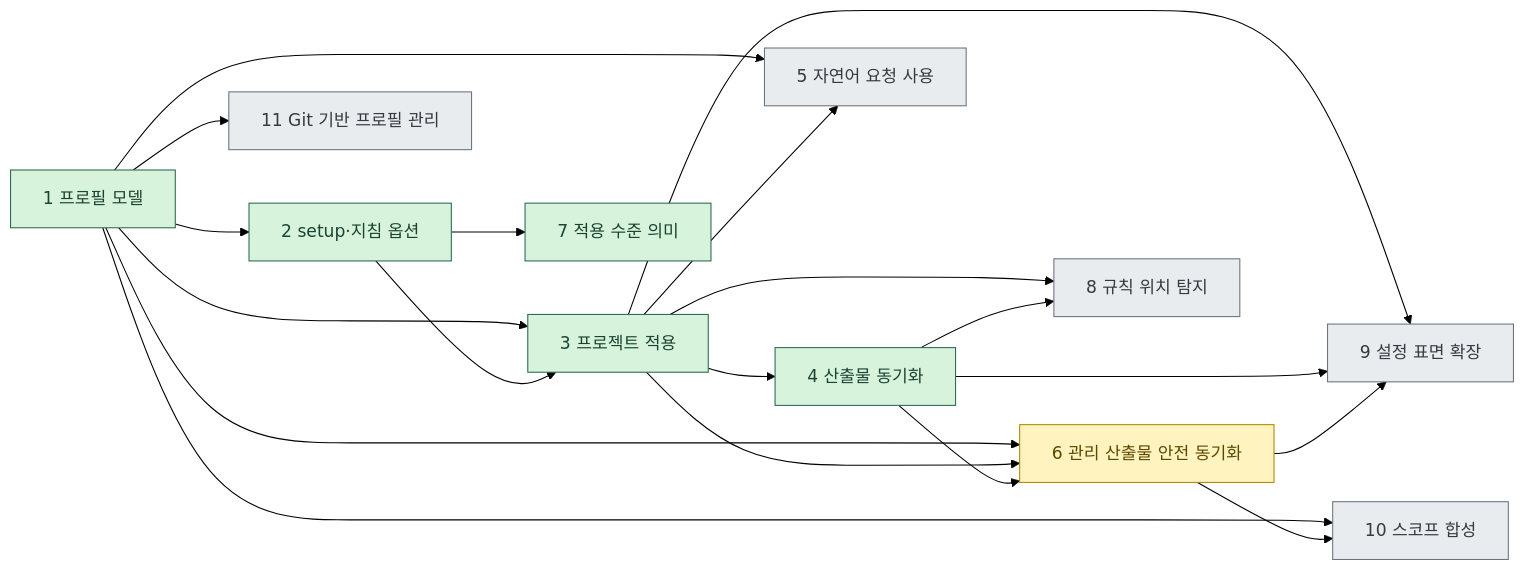
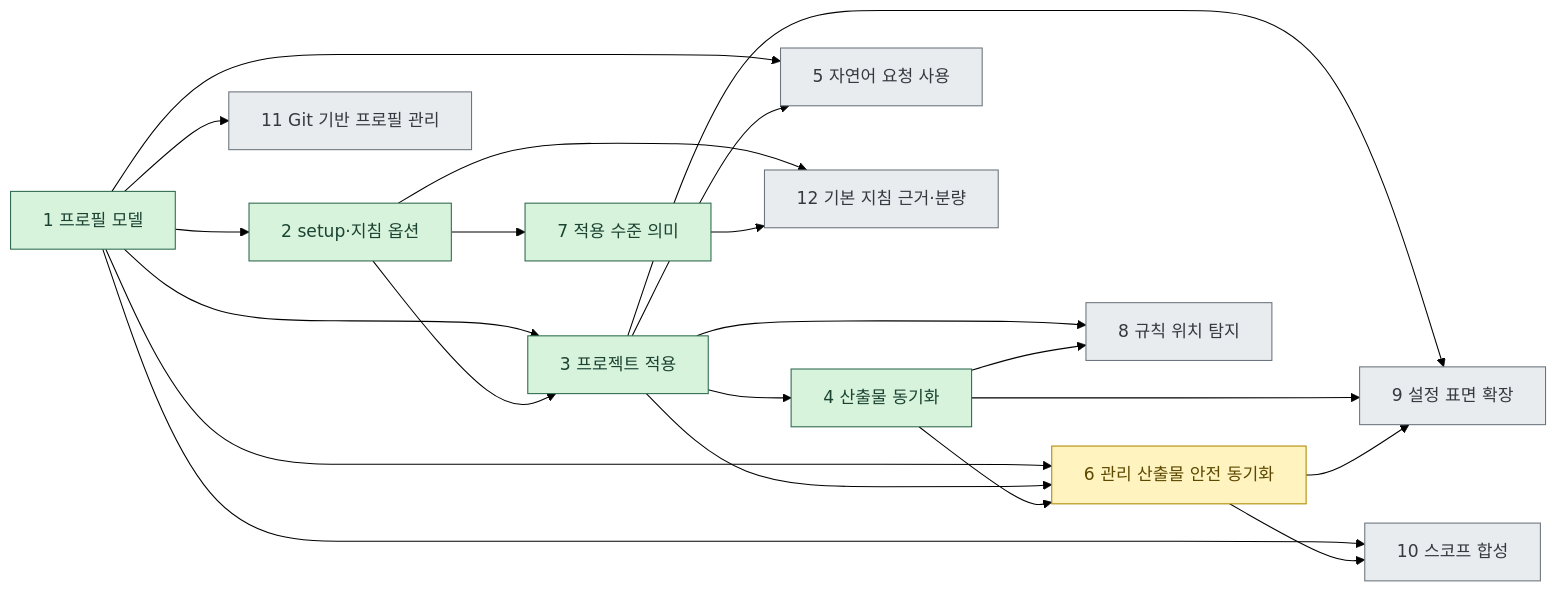
One commit to IsthisLee/agent-context-manager changed the diagram in docs/discussion/architecture/README.md. Above: the diagram before and after it, drawn with Mermaid (forest theme). The commit also changed other lines of this file and 4 other files, not shown here.

````diff
--- a/docs/discussion/architecture/README.md
+++ b/docs/discussion/architecture/README.md
@@ -27,27 +28,29 @@
 ```mermaid
 flowchart LR
   S1["1 프로필 모델"] --> S2["2 setup·지침 옵션"]
   S1 --> S3["3 프로젝트 적용"]
   S2 --> S3
   S3 --> S4["4 산출물 동기화"]
   S1 --> S5["5 자연어 요청 사용"]
   S3 --> S5
   S1 --> S6["6 관리 산출물 안전 동기화"]
   S3 --> S6
   S4 --> S6
   S2 --> S7["7 적용 수준 의미"]
   S3 --> S8["8 규칙 위치 탐지"]
   S4 --> S8
   S3 --> S9["9 설정 표면 확장"]
   S4 --> S9
   S6 --> S9
   S1 --> S10["10 스코프 합성"]
   S6 --> S10
   S1 --> S11["11 Git 기반 프로필 관리"]
+  S2 --> S12["12 기본 지침 근거·분량"]
+  S7 --> S12
   classDef done fill:#d8f3dc,stroke:#2d6a4f,color:#1b4332
   classDef doing fill:#fff3bf,stroke:#b08900,color:#5c4800
   classDef todo fill:#e9ecef,stroke:#6c757d,color:#343a40
   class S1,S2,S3,S4,S7 done
   class S6 doing
-  class S5,S8,S9,S10,S11 todo
+  class S5,S8,S9,S10,S11,S12 todo
 ```
````
